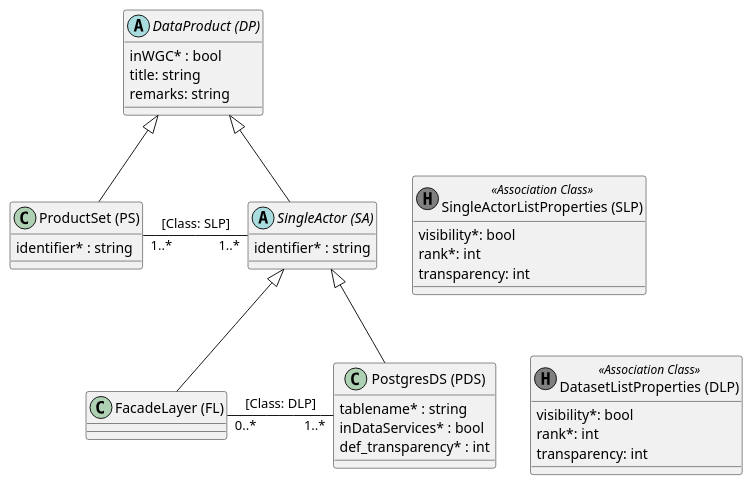
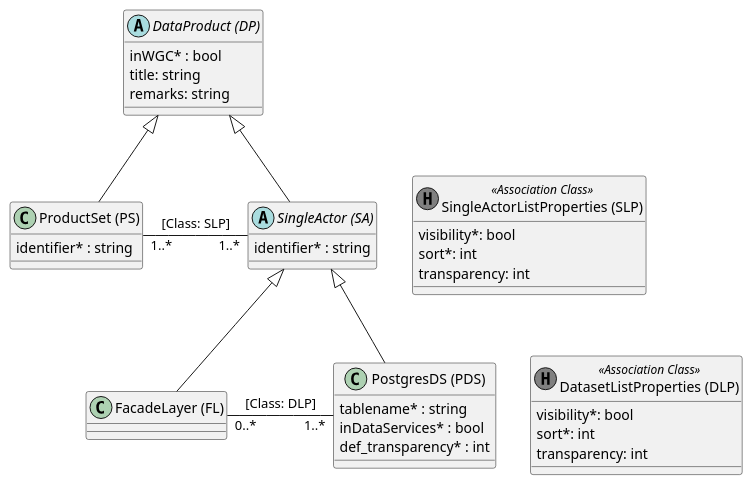
The diagram in puml/src/proto_model_v1.puml (simi-so/mm), drawn with PlantUML before and after one commit. The commit also changed 6 other files, not shown here.

```diff
--- a/puml/src/proto_model_v1.puml
+++ b/puml/src/proto_model_v1.puml
@@ -1,50 +1,50 @@
 @startuml
 
 abstract class "DataProduct (DP)" as dp {
     inWGC* : bool
     title: string
     remarks: string
 }
 
 class "ProductSet (PS)" as ps {
     identifier* : string
 }
 
 abstract class "SingleActor (SA)" as sa {
     identifier* : string
 }
 
 class "FacadeLayer (FL)" as fl
 
 class "PostgresDS (PDS)" as pds {
     tablename* : string
     inDataServices* : bool
     def_transparency* : int
 }
 
 class "DatasetListProperties (DLP)" as dlp << (H, grey) Association Class >> {
     visibility*: bool
-    rank*: int
+    sort*: int
     transparency: int
 }
 
 class "SingleActorListProperties (SLP)" as slp << (H, grey) Association Class >> {
     visibility*: bool
-    rank*: int
+    sort*: int
     transparency: int
 }
 
 dp <|-- ps
 
 dp <|-- sa
 sa <|-- pds
 sa <|-- fl
 
 ps "1..*" - "1..*" sa : [Class: SLP]
 fl "0..*" - "1..*" pds : [Class: DLP]
 
 ' layout help
 sa -[hidden]> slp
 pds -[hidden]> dlp
 
 @enduml
```
